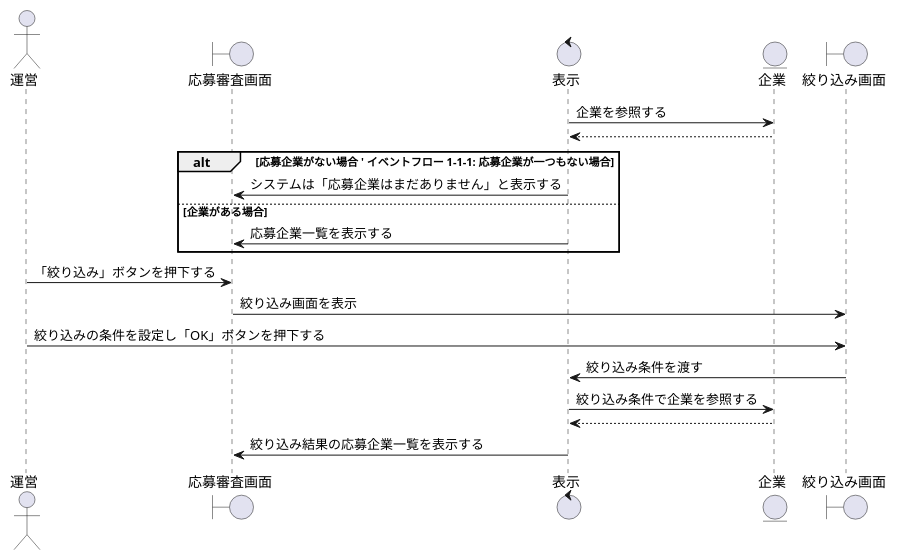
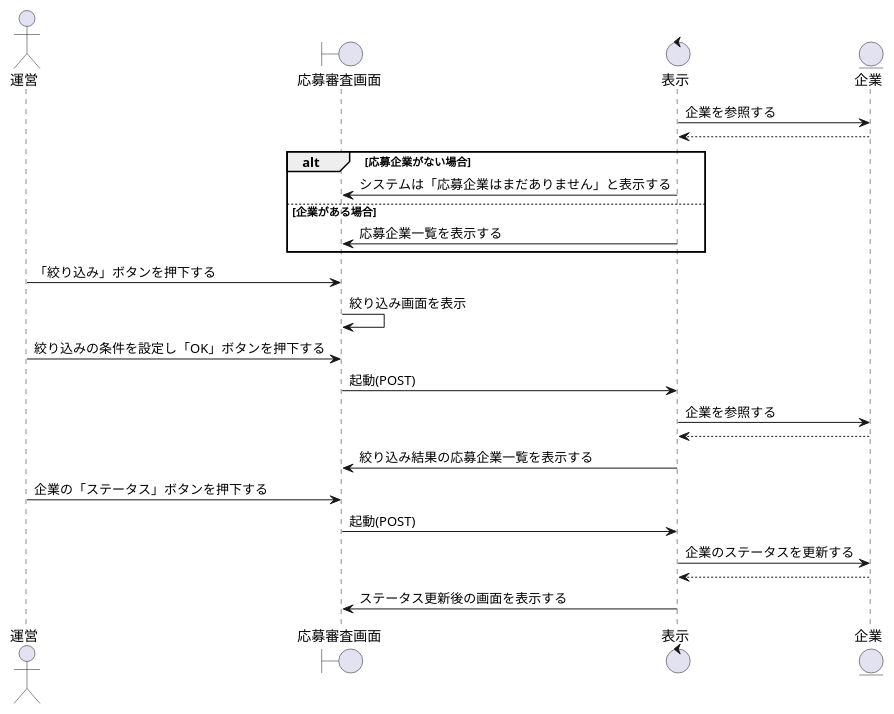
One commit to irukacb256/high_Me changed the diagram in sequence_fig/9_management_fn/1_応募審査をする.pu. Above: the diagram before and after it, drawn with PlantUML. The commit also changed 4 other files, not shown here.

```diff
--- a/sequence_fig/9_management_fn/1_応募審査をする.pu
+++ b/sequence_fig/9_management_fn/1_応募審査をする.pu
@@ -1,33 +1,41 @@
 @startuml 応募審査をする
 
 actor    運営         as mm1
 boundary 応募審査画面  as ap1
 control  表示         as co1
 entity   企業         as cop1
-boundary 絞り込み画面  as nd1
 
 co1 -> cop1 : 企業を参照する
 cop1 --> co1
 
-alt 応募企業がない場合 ' イベントフロー 1-1-1: 応募企業が一つもない場合
+alt 応募企業がない場合 
     co1 -> ap1 : システムは「応募企業はまだありません」と表示する
 
 else 企業がある場合
     co1 -> ap1 : 応募企業一覧を表示する
 
 end
 
 mm1 -> ap1 : 「絞り込み」ボタンを押下する
 
-ap1 -> nd1 : 絞り込み画面を表示
+ap1 -> ap1 : 絞り込み画面を表示
 
-mm1 -> nd1 : 絞り込みの条件を設定し「OK」ボタンを押下する
+mm1 -> ap1 : 絞り込みの条件を設定し「OK」ボタンを押下する
 
-nd1 -> co1 : 絞り込み条件を渡す
+ap1 -> co1 : 起動(POST)
 
-co1 -> cop1 : 絞り込み条件で企業を参照する
+co1 -> cop1 : 企業を参照する
 cop1 --> co1
 
 co1 -> ap1 : 絞り込み結果の応募企業一覧を表示する
 
+mm1 -> ap1 : 企業の「ステータス」ボタンを押下する
+
+ap1 -> co1 : 起動(POST)
+
+co1 -> cop1 : 企業のステータスを更新する
+cop1 --> co1
+
+co1 -> ap1 : ステータス更新後の画面を表示する
+
 @enduml
```
